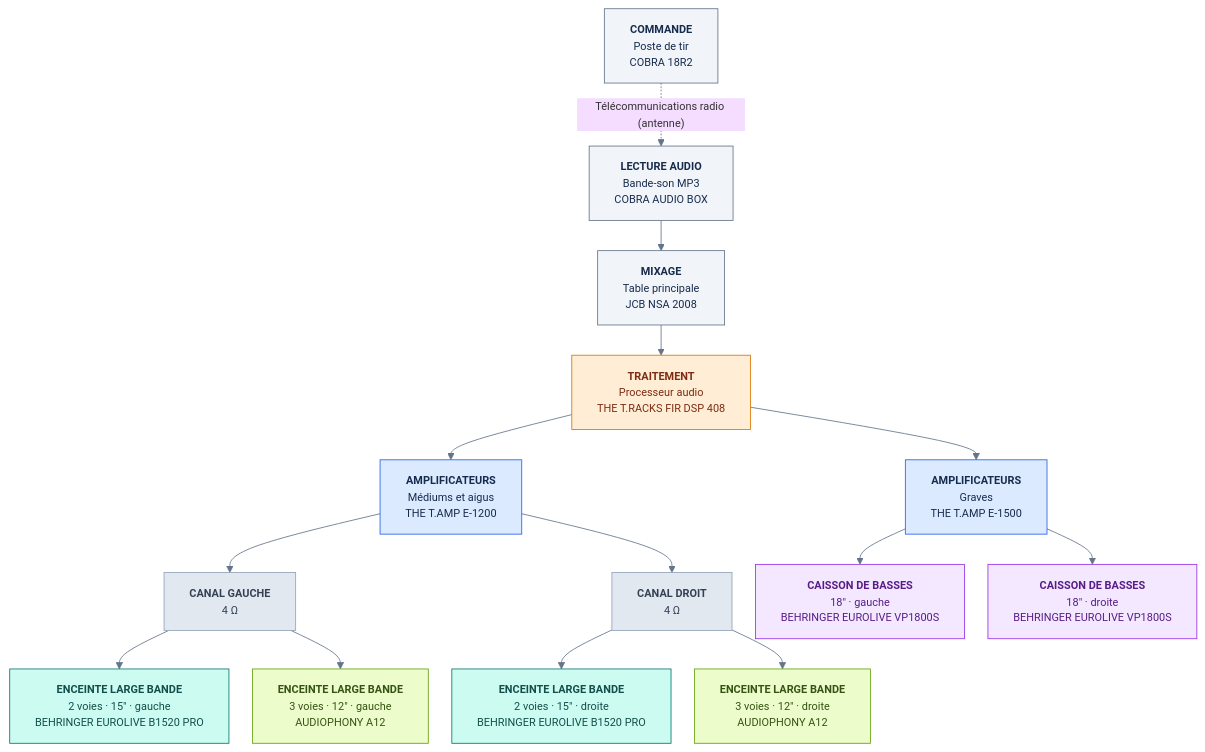
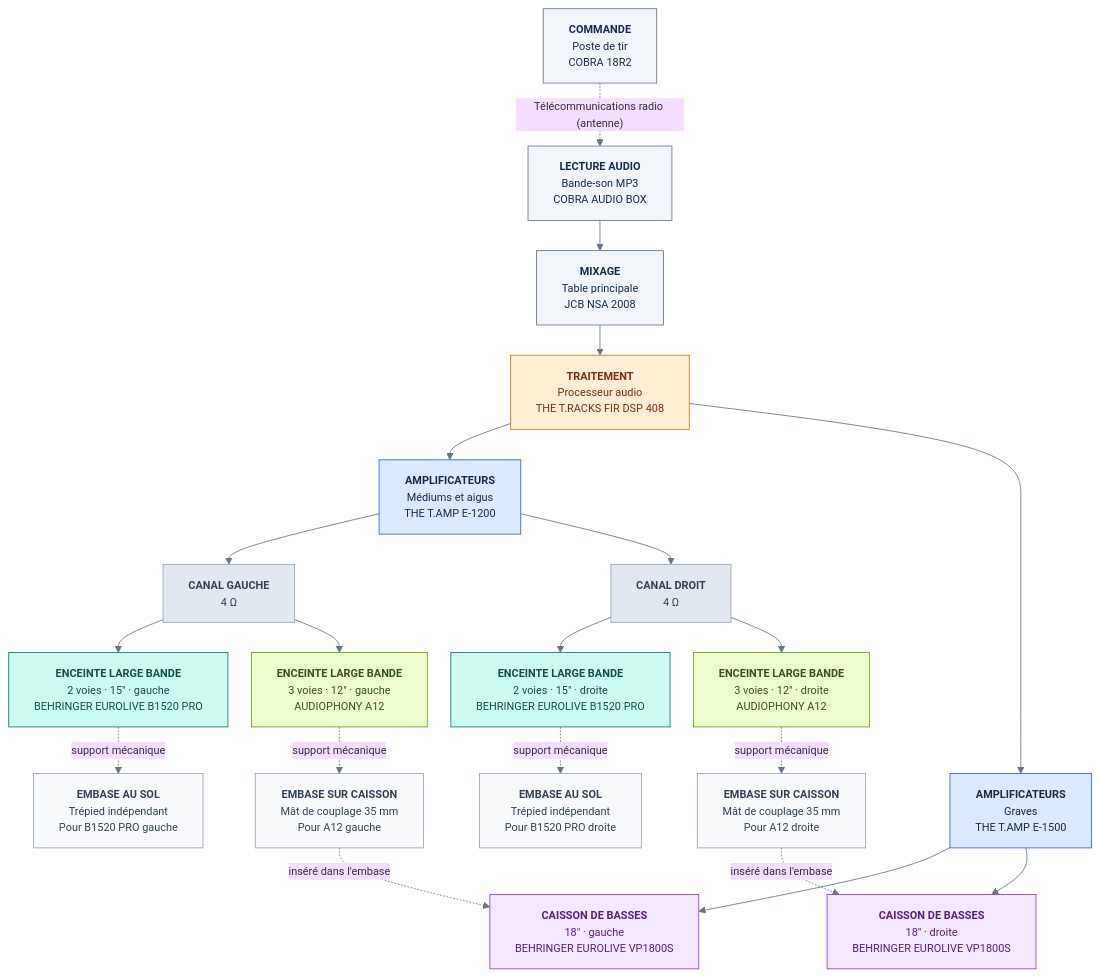
Before and after one commit to HAZIT-FR/PGE-SONO: the first of 3 diagrams in README.md, drawn with Mermaid. The commit also changed other lines of this file, not shown here.

Commit message:
docs: montrer les supports des enceintes et les mâts sur caissons

```diff
--- a/README.md
+++ b/README.md
@@ -34,46 +34,59 @@
 ~~~mermaid
 %%{init: {"flowchart": {"nodeSpacing": 28, "rankSpacing": 36, "htmlLabels": true, "wrappingWidth": 320}, "theme": "base", "themeVariables": {"fontSize": "13px", "lineColor": "#64748b"}}}%%
 flowchart TB
   A["<b>COMMANDE</b><br/>Poste de tir<br/>COBRA 18R2"]
   B["<b>LECTURE AUDIO</b><br/>Bande-son MP3<br/>COBRA AUDIO BOX"]
   C["<b>MIXAGE</b><br/>Table principale<br/>JCB NSA 2008"]
   D["<b>TRAITEMENT</b><br/>Processeur audio<br/>THE T.RACKS FIR DSP 408"]
   E["<b>AMPLIFICATEURS</b><br/>Médiums et aigus<br/>THE T.AMP E-1200"]
   F["<b>AMPLIFICATEURS</b><br/>Graves<br/>THE T.AMP E-1500"]
   LG["<b>CANAL GAUCHE</b><br/>4 Ω"]
   LD["<b>CANAL DROIT</b><br/>4 Ω"]
   BG["<b>ENCEINTE LARGE BANDE</b><br/>2 voies · 15″ · gauche<br/>BEHRINGER EUROLIVE B1520 PRO"]
   BD["<b>ENCEINTE LARGE BANDE</b><br/>2 voies · 15″ · droite<br/>BEHRINGER EUROLIVE B1520 PRO"]
   AG["<b>ENCEINTE LARGE BANDE</b><br/>3 voies · 12″ · gauche<br/>AUDIOPHONY A12"]
   AD["<b>ENCEINTE LARGE BANDE</b><br/>3 voies · 12″ · droite<br/>AUDIOPHONY A12"]
   SG["<b>CAISSON DE BASSES</b><br/>18″ · gauche<br/>BEHRINGER EUROLIVE VP1800S"]
   SD["<b>CAISSON DE BASSES</b><br/>18″ · droite<br/>BEHRINGER EUROLIVE VP1800S"]
+  TB_G["<b>EMBASE AU SOL</b><br/>Trépied indépendant<br/>Pour B1520 PRO gauche"]
+  TB_D["<b>EMBASE AU SOL</b><br/>Trépied indépendant<br/>Pour B1520 PRO droite"]
+  MA_G["<b>EMBASE SUR CAISSON</b><br/>Mât de couplage 35 mm<br/>Pour A12 gauche"]
+  MA_D["<b>EMBASE SUR CAISSON</b><br/>Mât de couplage 35 mm<br/>Pour A12 droite"]
 
   A -. "Télécommunications radio (antenne)" .-> B
   B --> C --> D
   D --> E
   D --> F
   E --> LG
   E --> LD
   LG --> BG
   LG --> AG
   LD --> BD
   LD --> AD
   F --> SG
   F --> SD
 
+  BG -. "support mécanique" .-> TB_G
+  BD -. "support mécanique" .-> TB_D
+  AG -. "support mécanique" .-> MA_G
+  AD -. "support mécanique" .-> MA_D
+  MA_G -. "inséré dans l'embase" .-> SG
+  MA_D -. "inséré dans l'embase" .-> SD
+
   classDef commande fill:#f1f5f9,stroke:#64748b,color:#172b4d;
   classDef processeur fill:#ffedd5,stroke:#d97706,color:#7c2d12;
   classDef amplis fill:#dbeafe,stroke:#2563eb,color:#172b4d;
   classDef canaux fill:#e2e8f0,stroke:#94a3b8,color:#334155;
   classDef principales fill:#ccfbf1,stroke:#0f766e,color:#134e4a;
   classDef appoint fill:#ecfccb,stroke:#65a30d,color:#365314;
   classDef basses fill:#f3e8ff,stroke:#9333ea,color:#581c87;
+  classDef support fill:#f8fafc,stroke:#94a3b8,color:#334155;
   class A,B,C commande;
   class D processeur;
   class E,F amplis;
   class LG,LD canaux;
   class BG,BD principales;
   class AG,AD appoint;
   class SG,SD basses;
+  class TB_G,TB_D,MA_G,MA_D support;
 ~~~
```
